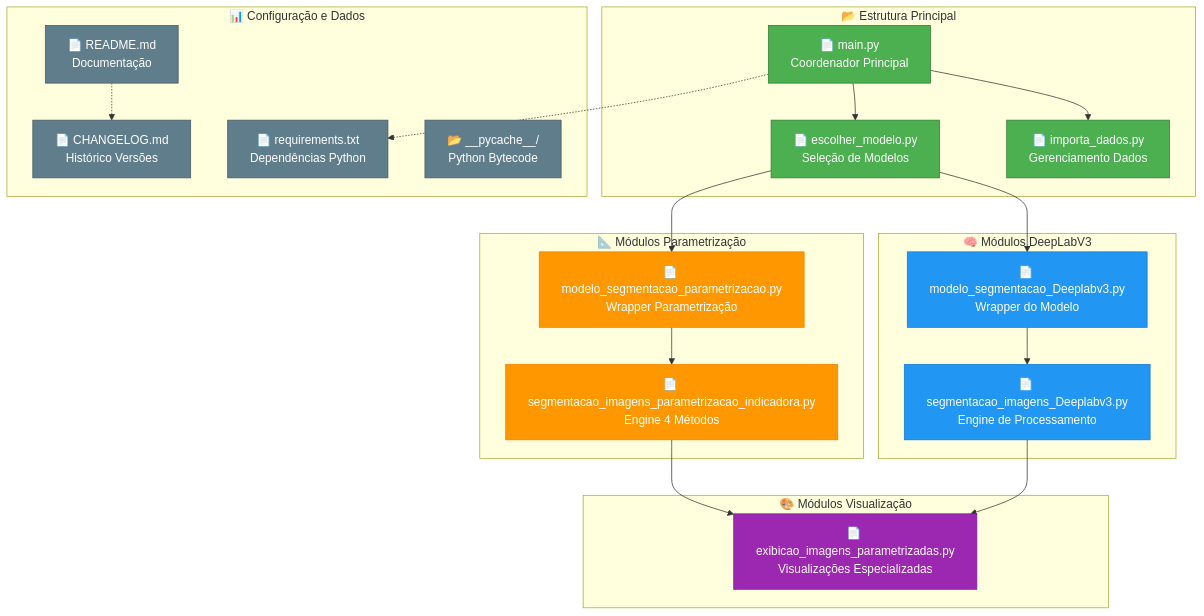
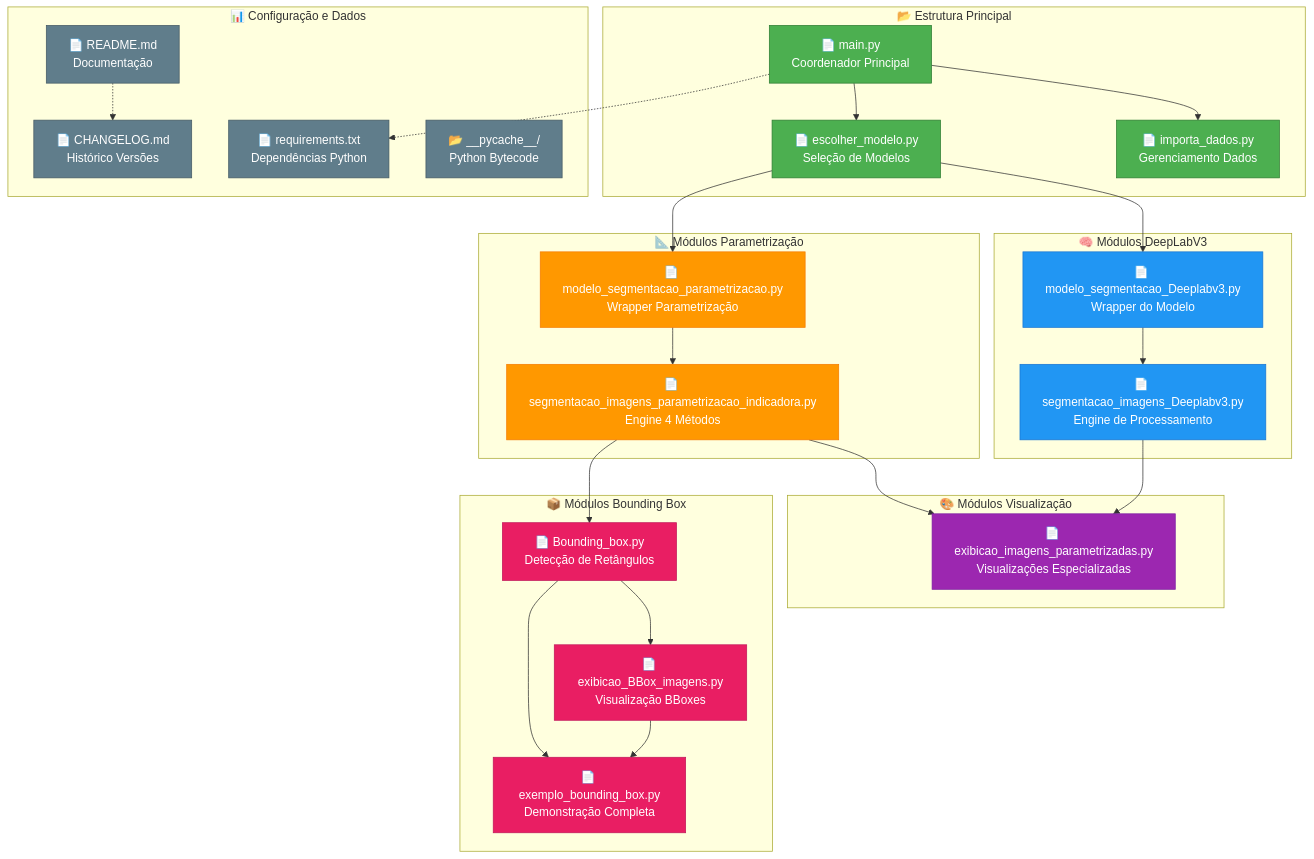
Before and after one commit to danilorigitano/DesafioInovia-dev: the sixth of 12 diagrams in README.md, drawn with Mermaid. The commit also changed other lines of this file and 5 other files, not shown here.

First line of the commit message:
feat: Integrate automatic bounding box detection and visualization

````diff
--- a/README.md
+++ b/README.md
@@ -311,56 +313,70 @@
 ```mermaid
 graph TD
     subgraph "📂 Estrutura Principal"
         Main[📄 main.py<br/>Coordenador Principal]
         Import[📄 importa_dados.py<br/>Gerenciamento Dados]
         Choose[📄 escolher_modelo.py<br/>Seleção de Modelos]
         
         Main --> Import
         Main --> Choose
     end
     
     subgraph "🧠 Módulos DeepLabV3"
         ModelDL[📄 modelo_segmentacao_Deeplabv3.py<br/>Wrapper do Modelo]
         SegmentDL[📄 segmentacao_imagens_Deeplabv3.py<br/>Engine de Processamento]
         
         Choose --> ModelDL
         ModelDL --> SegmentDL
     end
     
     subgraph "📐 Módulos Parametrização"
         ModelParam[📄 modelo_segmentacao_parametrizacao.py<br/>Wrapper Parametrização]
         SegmentParam[📄 segmentacao_imagens_parametrizacao_indicadora.py<br/>Engine 4 Métodos]
         
         Choose --> ModelParam
         ModelParam --> SegmentParam
     end
     
     subgraph "🎨 Módulos Visualização"
         Display[📄 exibicao_imagens_parametrizadas.py<br/>Visualizações Especializadas]
         
         SegmentParam --> Display
         SegmentDL --> Display
     end
     
+    subgraph "📦 Módulos Bounding Box"
+        BBox[📄 Bounding_box.py<br/>Detecção de Retângulos]
+        DisplayBBox[📄 exibicao_BBox_imagens.py<br/>Visualização BBoxes]
+        ExemploBBox[📄 exemplo_bounding_box.py<br/>Demonstração Completa]
+        
+        SegmentParam --> BBox
+        BBox --> DisplayBBox
+        BBox --> ExemploBBox
+        DisplayBBox --> ExemploBBox
+    end
+    
     subgraph "📊 Configuração e Dados"
         Requirements[📄 requirements.txt<br/>Dependências Python]
         README[📄 README.md<br/>Documentação]
         CHANGELOG[📄 CHANGELOG.md<br/>Histórico Versões]
         Cache[📂 __pycache__/<br/>Python Bytecode]
         
         Main -.-> Requirements
         README -.-> CHANGELOG
     end
     
     classDef main fill:#4CAF50,stroke:#2E7D32,color:#fff
     classDef deeplab fill:#2196F3,stroke:#1976D2,color:#fff
     classDef param fill:#FF9800,stroke:#F57C00,color:#fff
     classDef visual fill:#9C27B0,stroke:#7B1FA2,color:#fff
+    classDef bbox fill:#E91E63,stroke:#C2185B,color:#fff
+    
+    class BBox,DisplayBBox,ExemploBBox bbox
     classDef config fill:#607D8B,stroke:#455A64,color:#fff
     
     class Main,Import,Choose main
     class ModelDL,SegmentDL deeplab
     class ModelParam,SegmentParam param
     class Display visual
     class Requirements,README,CHANGELOG,Cache config
 ```
````
